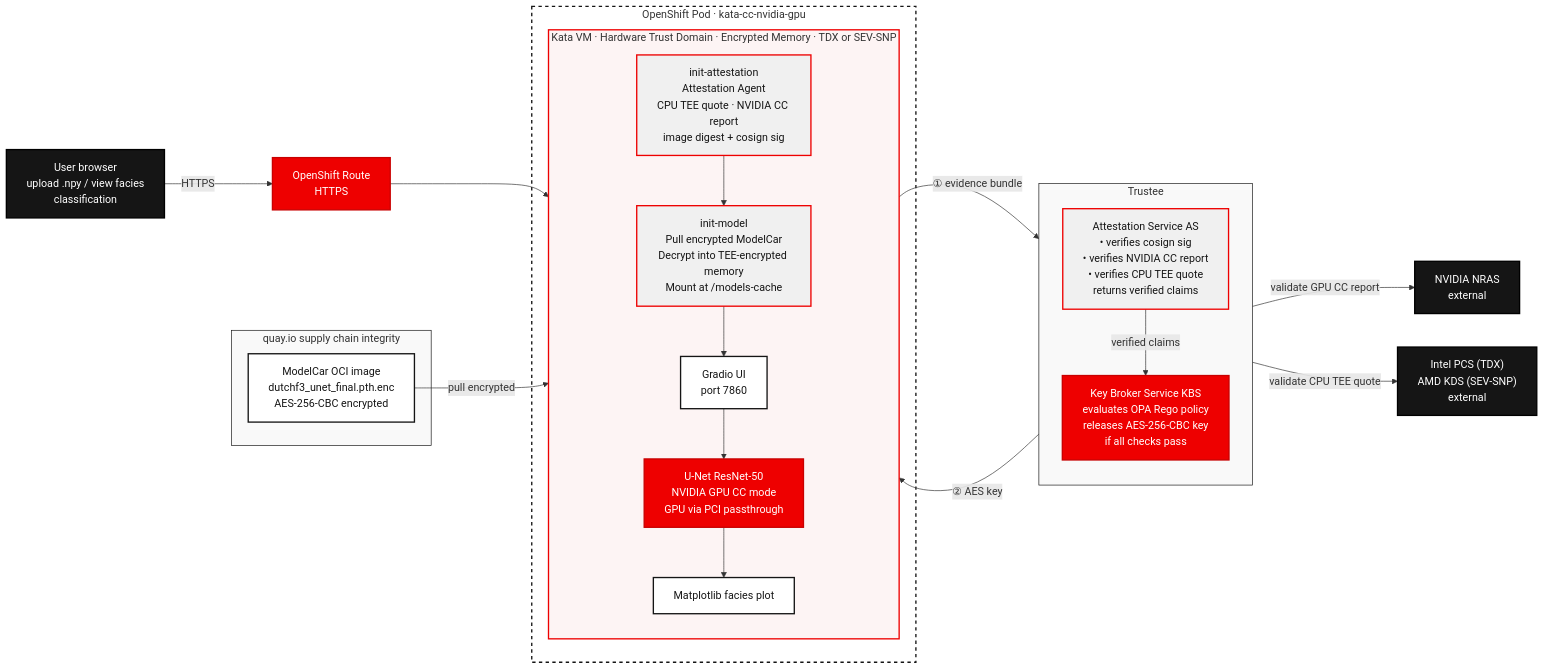
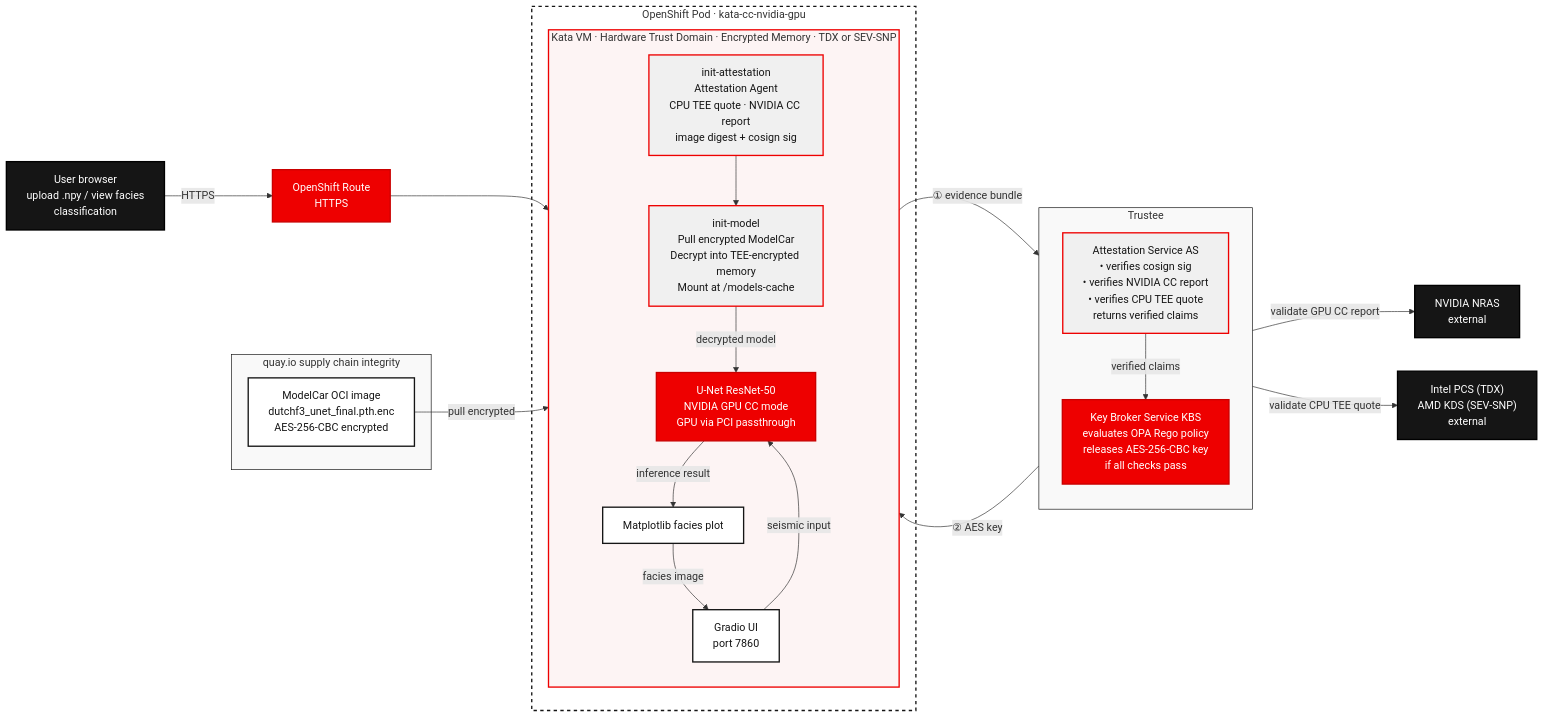
The second of 2 diagrams in README.md (lkatalin/confidential-gpu-accelerated-seismic-interpretation), drawn with Mermaid before and after one commit.

````diff
--- a/README.md
+++ b/README.md
@@ -175,49 +175,53 @@
 ```mermaid
 flowchart LR
     classDef default fill:#F0F0F0,stroke:#EE0000,stroke-width:2px,color:#151515;
     classDef rhRed fill:#EE0000,stroke:#C90000,stroke-width:2px,color:#FFFFFF;
     classDef rhBlack fill:#151515,stroke:#000000,stroke-width:2px,color:#FFFFFF;
     classDef rhOutline fill:#FFFFFF,stroke:#151515,stroke-width:2px,color:#151515;
 
     Browser["User browser\nupload .npy / view facies\nclassification"]:::rhBlack
     Route["OpenShift Route\nHTTPS"]:::rhRed
     Browser -->|HTTPS| Route
 
     subgraph Quay["quay.io  supply chain integrity"]
         ModelCar["ModelCar OCI image\ndutchf3_unet_final.pth.enc\nAES-256-CBC encrypted"]:::rhOutline
     end
 
     subgraph Trustee["Trustee"]
         direction TB
         ASVerify["Attestation Service AS\n• verifies cosign sig\n• verifies NVIDIA CC report\n• verifies CPU TEE quote\nreturns verified claims"]:::default
         KBSPolicy["Key Broker Service KBS\nevaluates OPA Rego policy\nreleases AES-256-CBC key\nif all checks pass"]:::rhRed
         ASVerify -->|verified claims| KBSPolicy
     end
 
     NRAS["NVIDIA NRAS\nexternal"]:::rhBlack
     PCS["Intel PCS (TDX)\nAMD KDS (SEV-SNP)\nexternal"]:::rhBlack
     ASVerify -->|validate GPU CC report| NRAS
     ASVerify -->|validate CPU TEE quote| PCS
 
     subgraph Pod["OpenShift Pod · kata-cc-nvidia-gpu"]
         subgraph TEE["Kata VM · Hardware Trust Domain · Encrypted Memory · TDX or SEV-SNP"]
             direction TB
             Agent["init-attestation\nAttestation Agent\nCPU TEE quote · NVIDIA CC report\nimage digest + cosign sig"]:::default
             ModelPull["init-model\nPull encrypted ModelCar\nDecrypt into TEE-encrypted memory\nMount at /models-cache"]:::default
             Gradio["Gradio UI\nport 7860"]:::rhOutline
             UNet["U-Net ResNet-50\nNVIDIA GPU CC mode\nGPU via PCI passthrough"]:::rhRed
             Plot["Matplotlib facies plot"]:::rhOutline
-            Agent --> ModelPull --> Gradio --> UNet --> Plot
+            Agent --> ModelPull
+            ModelPull -->|decrypted model| UNet
+            Gradio -->|seismic input| UNet
+            UNet -->|inference result| Plot
+            Plot -->|facies image| Gradio
         end
     end
 
     Route --> Gradio
     Agent -->|"① evidence bundle"| ASVerify
     KBSPolicy -->|"② AES key"| Agent
     ModelCar -->|pull encrypted| ModelPull
 
     style Pod fill:#ffffff,stroke:#151515,stroke-width:2px,stroke-dasharray: 5 5
     style TEE fill:#fdf4f4,stroke:#EE0000,stroke-width:2px
     style Trustee fill:#f9f9f9,stroke:#151515,stroke-width:1px
     style Quay fill:#f9f9f9,stroke:#151515,stroke-width:1px
 ```
````
